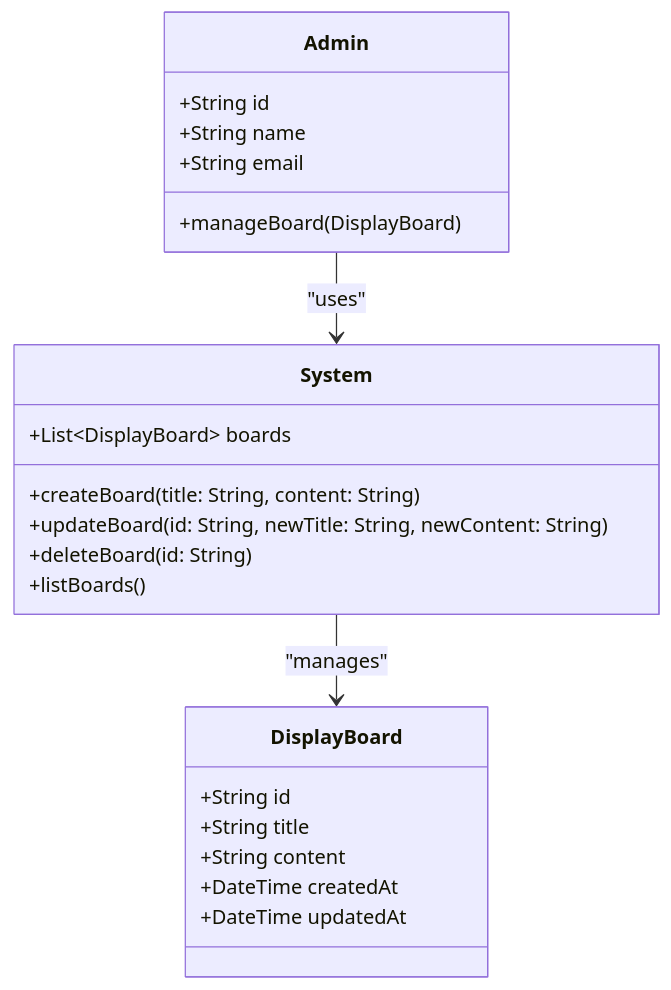
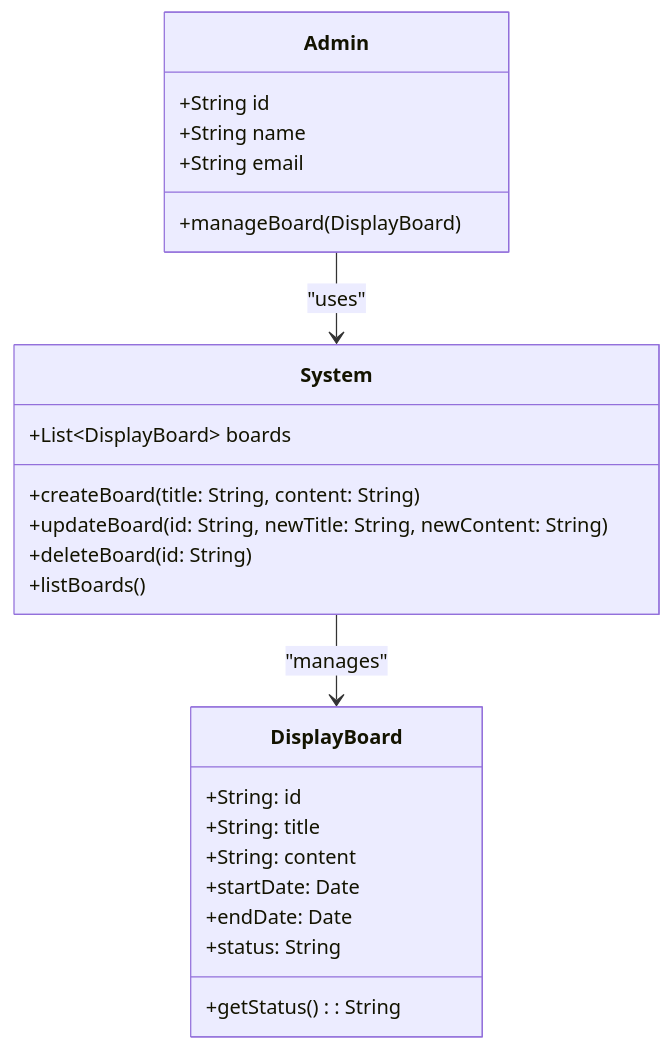
One commit to AbderrafieElmrabet/UI_UX changed the diagram in Conception/Class-Diagram.mmd. Above: the diagram before and after it, drawn with Mermaid.

Commit message:
Class diagram v3

```diff
--- a/Conception/Class-Diagram.mmd
+++ b/Conception/Class-Diagram.mmd
@@ -1,26 +1,28 @@
 classDiagram
     class DisplayBoard {
-        +String id
-        +String title
-        +String content
-        +DateTime createdAt
-        +DateTime updatedAt
+        +String: id
+        +String: title
+        +String: content
+        +startDate: Date
+        +endDate: Date
+        +status: String
+        +getStatus(): String
     }
 
     class Admin {
         +String id
         +String name
         +String email
         +manageBoard(DisplayBoard)
     }
 
     class System {
         +List~DisplayBoard~ boards
         +createBoard(title: String, content: String)
         +updateBoard(id: String, newTitle: String, newContent: String)
         +deleteBoard(id: String)
         +listBoards()
     }
 
     Admin --> System : "uses"
     System --> DisplayBoard : "manages"
```
